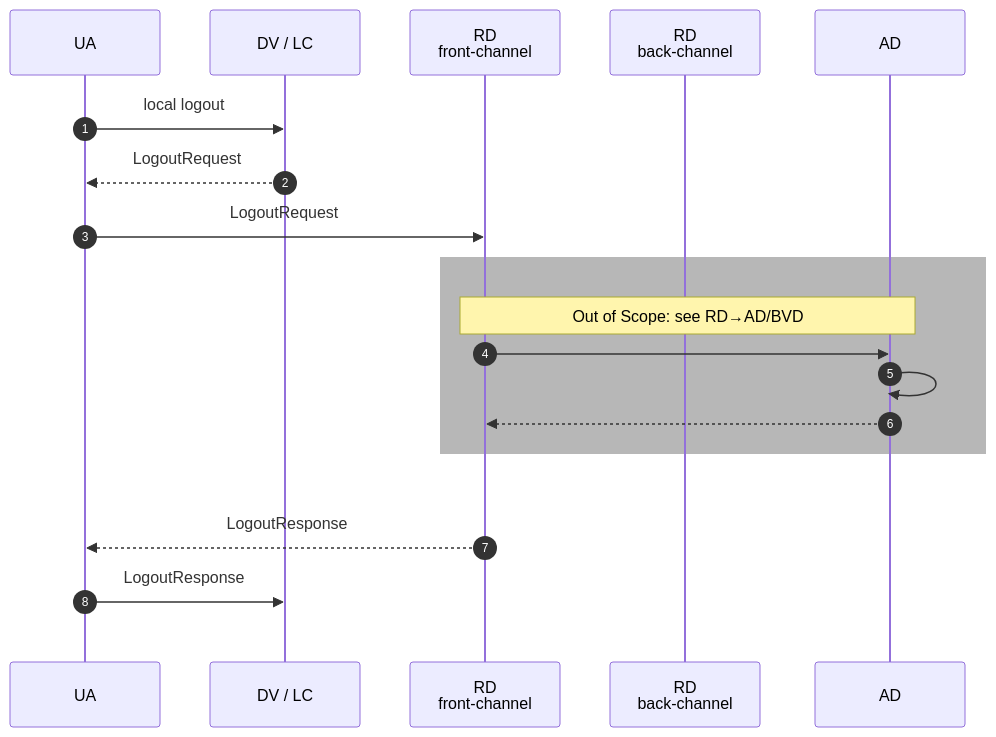
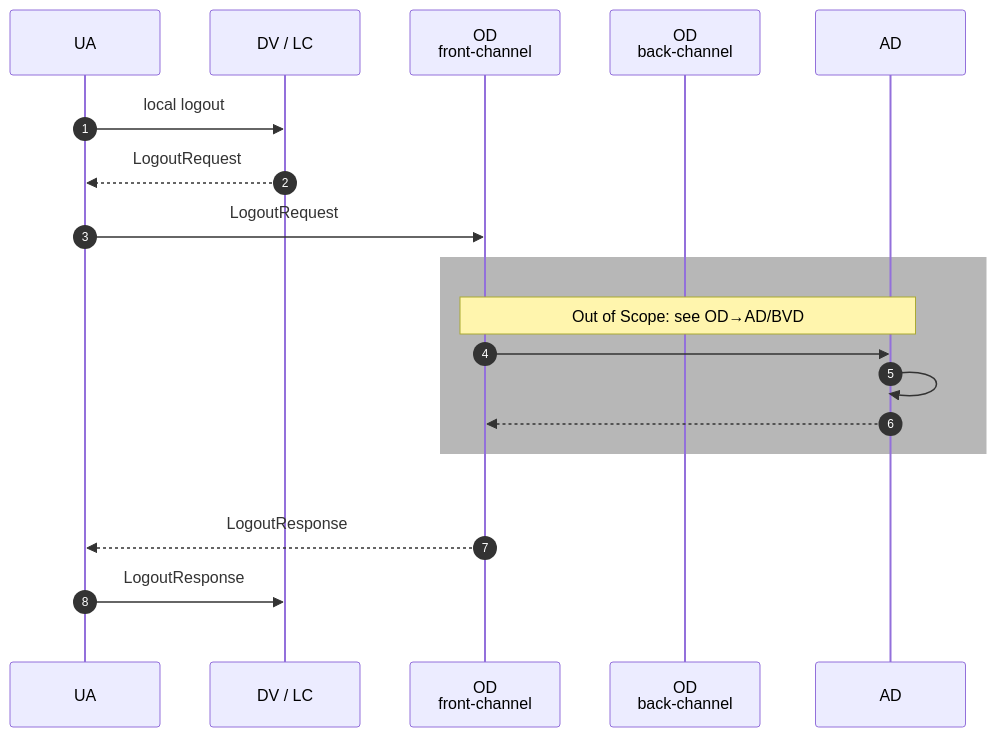
One commit to Logius-standaarden/st-saml-spec changed the diagram in media/saml-federated-logout-overview.mermaid. Above: the diagram before and after it, drawn with Mermaid. The commit also changed 31 other files, not shown here.

Commit message:
Use OD terminology throughout specification and diagrams

```diff
--- a/media/saml-federated-logout-overview.mermaid
+++ b/media/saml-federated-logout-overview.mermaid
@@ -1,24 +1,24 @@
 %%{init: {
     "themeVariables": {"fontSize": "24px"},
     "sequence": {"boxMargin": 20}
 }}%%
 sequenceDiagram
 autonumber
 participant A as UA
 participant B as DV / LC
-participant C as RD <br /> front-channel
-participant D as RD <br /> back-channel
+participant C as OD <br /> front-channel
+participant D as OD <br /> back-channel
 participant E as AD
 A->>B: local logout
 B-->>A: LogoutRequest
 A->>C: LogoutRequest
 rect rgba(75, 75, 75,.4)
-    Note over C,E: Out of Scope: see RD#8594;AD/BVD
+    Note over C,E: Out of Scope: see OD#8594;AD/BVD
     C->>E:
     E->>E:
     E-->>C:
 end
 rect rgba(75, 75, 75, 0)
     C-->>A: LogoutResponse
     A->>B: LogoutResponse
 end
```
